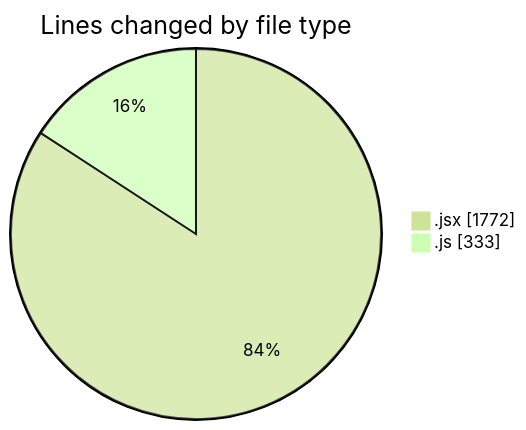
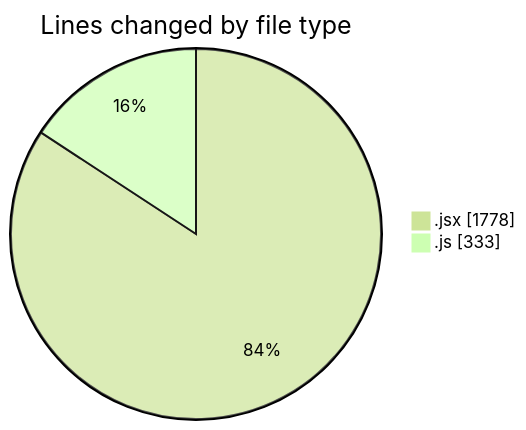
One commit to nxtqubesakshisongat/code-tracking changed the first of 2 diagrams in 2025-05-15/argos-dev/README.md. Above: the diagram before and after it, drawn with Mermaid (forest theme). The commit also changed other lines of this file and 1 other file, not shown here.

````diff
--- a/2025-05-15/argos-dev/README.md
+++ b/2025-05-15/argos-dev/README.md
@@ -25,6 +25,6 @@
 ```mermaid
 pie showData
 title Lines changed by file type
-".jsx" : 1772
+".jsx" : 1778
 ".js" : 333
 ```
````
